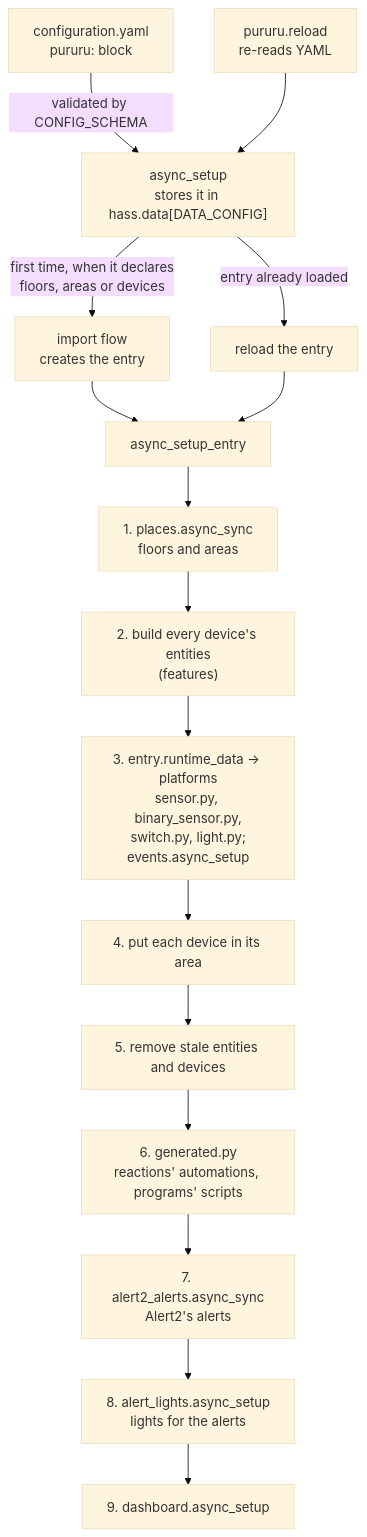
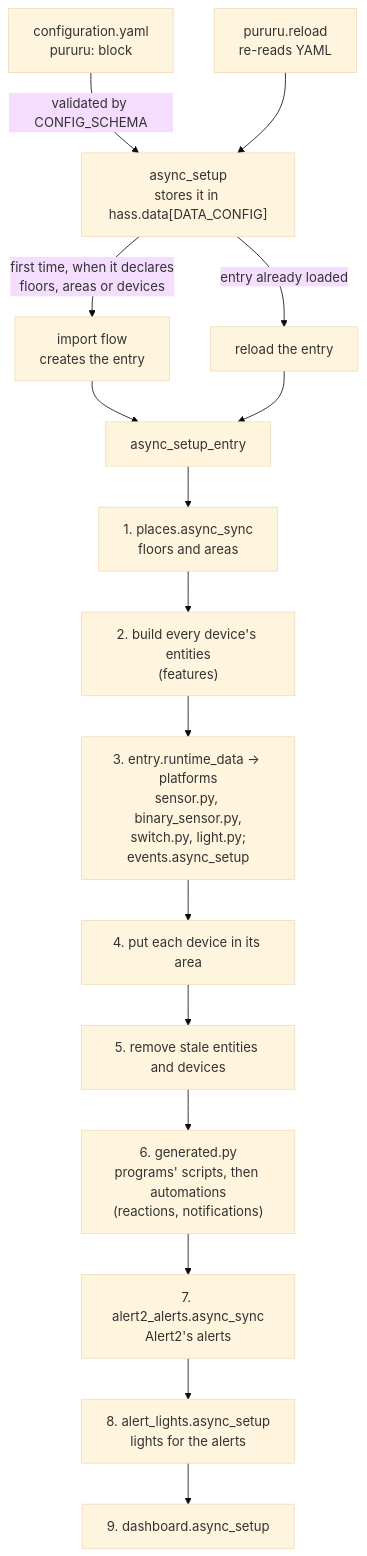
Before and after one commit to thatsnotmynameio/pururu-ha: the diagram in docs/develop/architecture.mdx, drawn with Mermaid (base theme). The commit also changed other lines of this file and 37 other files, not shown here.

````diff
--- a/docs/develop/architecture.mdx
+++ b/docs/develop/architecture.mdx
@@ -10,18 +10,18 @@
 ```mermaid
 flowchart TD
     Y["configuration.yaml<br/>pururu: block"] -->|"validated by CONFIG_SCHEMA"| S["async_setup<br/>stores it in hass.data[DATA_CONFIG]"]
     S -->|"first time, when it declares<br/>floors, areas or devices"| F["import flow<br/>creates the entry"]
     S -->|"entry already loaded"| R["reload the entry"]
     F --> E
     R --> E
     RS["pururu.reload<br/>re-reads YAML"] --> S
     E["async_setup_entry"] --> P1["1. places.async_sync<br/>floors and areas"]
     P1 --> P2["2. build every device's entities<br/>(features)"]
     P2 --> P3["3. entry.runtime_data → platforms<br/>sensor.py, binary_sensor.py,<br/>switch.py, light.py;<br/>events.async_setup"]
     P3 --> P4["4. put each device in its area"]
     P4 --> P5["5. remove stale entities and devices"]
-    P5 --> P6["6. generated.py<br/>reactions' automations, programs' scripts"]
+    P5 --> P6["6. generated.py<br/>programs' scripts, then automations<br/>(reactions, notifications)"]
     P6 --> P7["7. alert2_alerts.async_sync<br/>Alert2's alerts"]
     P7 --> P8["8. alert_lights.async_setup<br/>lights for the alerts"]
     P8 --> P9["9. dashboard.async_setup"]
 ```
````
